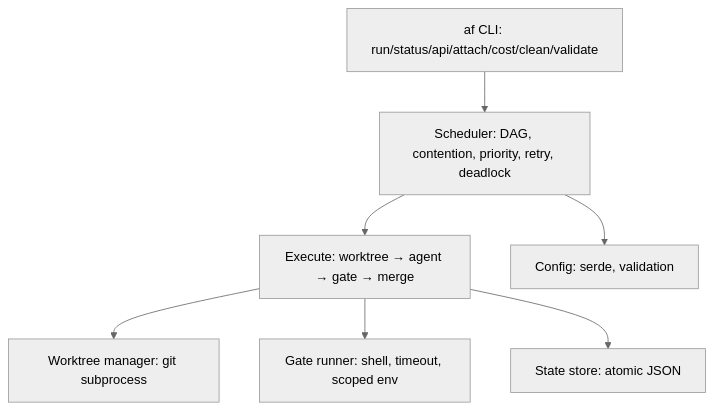
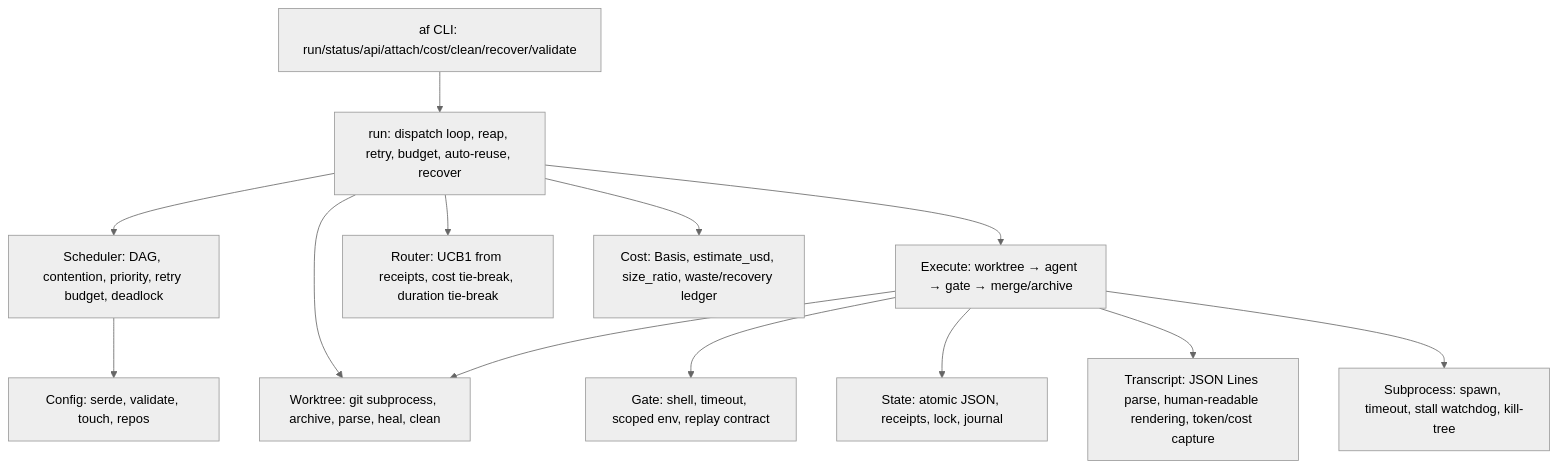
Before and after one commit to tobias-weiss-ai-xr/agentflow: the diagram in docs/arc42/04-solution-strategy.md, drawn with Mermaid (neutral theme). The commit also changed other lines of this file and 11 other files, not shown here.

````diff
--- a/docs/arc42/04-solution-strategy.md
+++ b/docs/arc42/04-solution-strategy.md
@@ -37,15 +56,28 @@
 ```mermaid
 flowchart TD
-  CLI[af CLI: run/status/api/attach/cost/clean/validate]
-  S[Scheduler: DAG, contention, priority, retry, deadlock]
-  E[Execute: worktree → agent → gate → merge]
-  WT[Worktree manager: git subprocess]
-  GT[Gate runner: shell, timeout, scoped env]
-  ST[State store: atomic JSON]
-  CFG[Config: serde, validation]
+  CLI[af CLI: run/status/api/attach/cost/clean/recover/validate]
+  RUN[run: dispatch loop, reap, retry, budget, auto-reuse, recover]
+  SCH[Scheduler: DAG, contention, priority, retry budget, deadlock]
+  EX[Execute: worktree → agent → gate → merge/archive]
+  WT[Worktree: git subprocess, archive, parse, heal, clean]
+  GT[Gate: shell, timeout, scoped env, replay contract]
+  ST[State: atomic JSON, receipts, lock, journal]
+  RT[Router: UCB1 from receipts, cost tie-break, duration tie-break]
+  COST[Cost: Basis, estimate_usd, size_ratio, waste/recovery ledger]
+  TX[Transcript: JSON Lines parse, human-readable rendering, token/cost capture]
+  SUB[Subprocess: spawn, timeout, stall watchdog, kill-tree]
+  CFG[Config: serde, validate, touch, repos]
 
-  CLI --> S --> E --> WT
-  E --> GT
-  S --> CFG
-  E --> ST
+  CLI --> RUN
+  RUN --> SCH
+  RUN --> EX
+  RUN --> RT
+  RUN --> COST
+  RUN --> WT
+  EX --> WT
+  EX --> GT
+  EX --> ST
+  EX --> TX
+  EX --> SUB
+  SCH --> CFG
 ```
````
